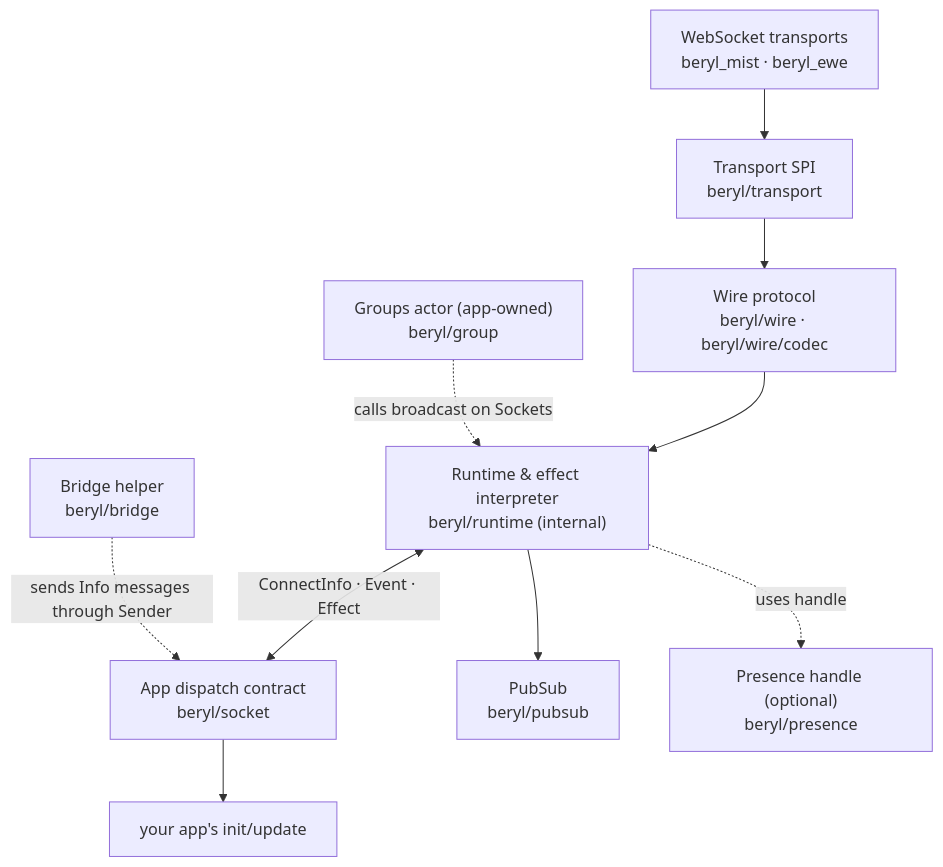
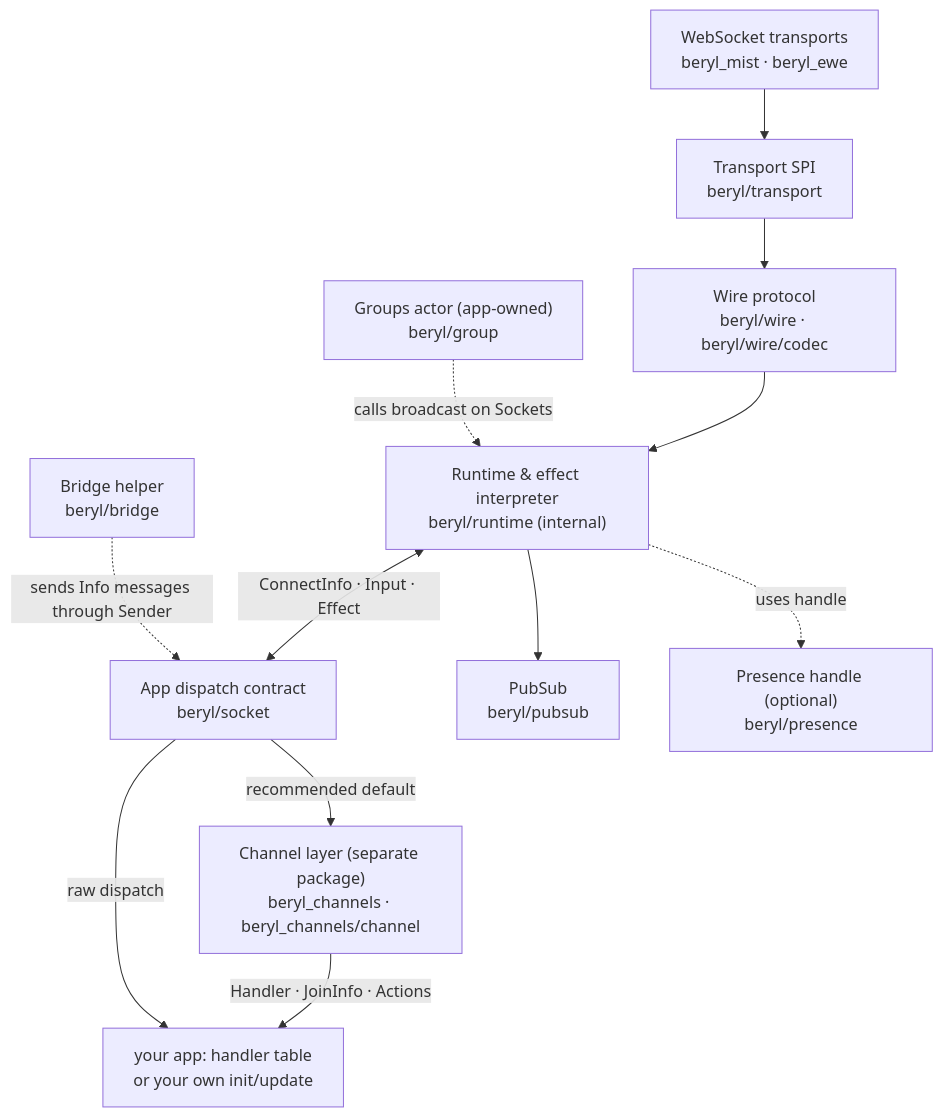
The first of 2 diagrams in website/src/content/docs/architecture/overview.md (tylerbutler/beryl), drawn with Mermaid before and after one commit. The commit also changed other lines of this file and 44 other files, not shown here.

````diff
--- a/website/src/content/docs/architecture/overview.md
+++ b/website/src/content/docs/architecture/overview.md
@@ -22,21 +24,24 @@
 ```mermaid
 flowchart TB
   T["WebSocket transports<br/>beryl_mist · beryl_ewe"]
   SPI["Transport SPI<br/>beryl/transport"]
   W["Wire protocol<br/>beryl/wire · beryl/wire/codec"]
   R["Runtime & effect interpreter<br/>beryl/runtime (internal)"]
   E["App dispatch contract<br/>beryl/socket"]
-  APP["your app's init/update"]
+  CH["Channel layer (separate package)<br/>beryl_channels · beryl_channels/channel"]
+  APP["your app: handler table<br/>or your own init/update"]
   PS["PubSub<br/>beryl/pubsub"]
   PR["Presence handle (optional)<br/>beryl/presence"]
   G["Groups actor (app-owned)<br/>beryl/group"]
   B["Bridge helper<br/>beryl/bridge"]
 
   T --> SPI --> W --> R
-  R <-->|ConnectInfo · Event · Effect| E
-  E --> APP
+  R <-->|ConnectInfo · Input · Effect| E
+  E -->|"recommended default"| CH
+  CH -->|"Handler · JoinInfo · Actions"| APP
+  E -->|"raw dispatch"| APP
   R --> PS
   R -. uses handle .-> PR
   G -. calls broadcast on Sockets .-> R
   B -. sends Info messages through Sender .-> E
 ```
````
